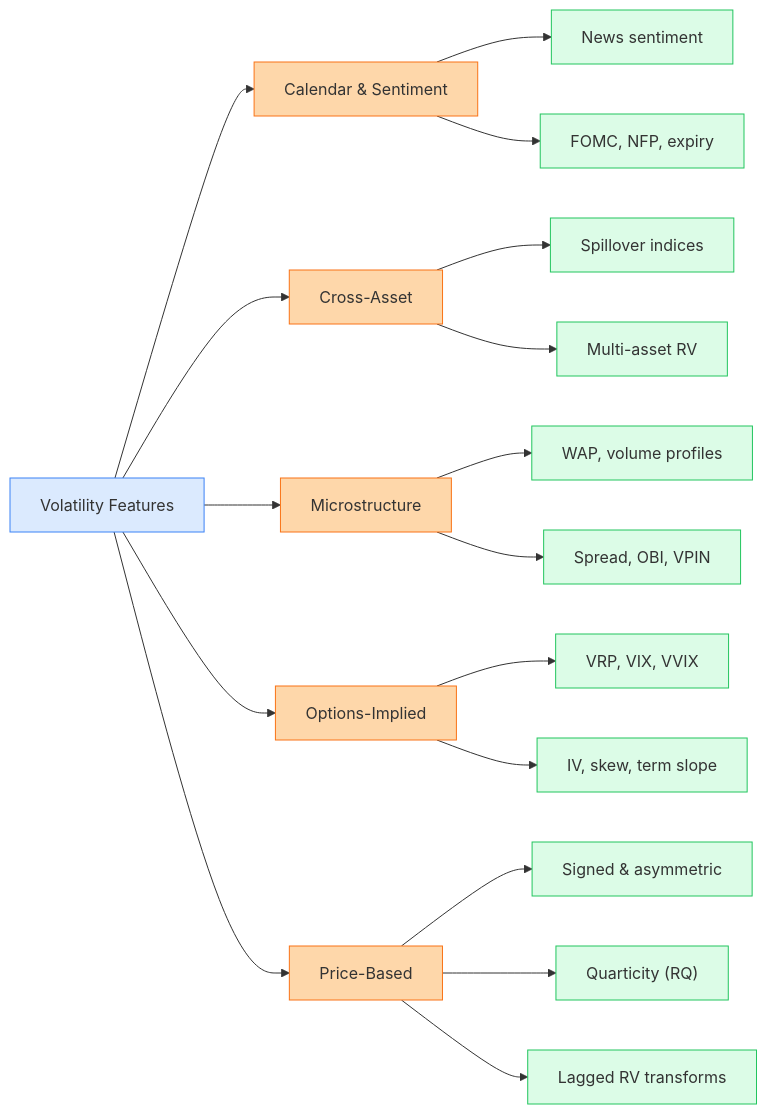
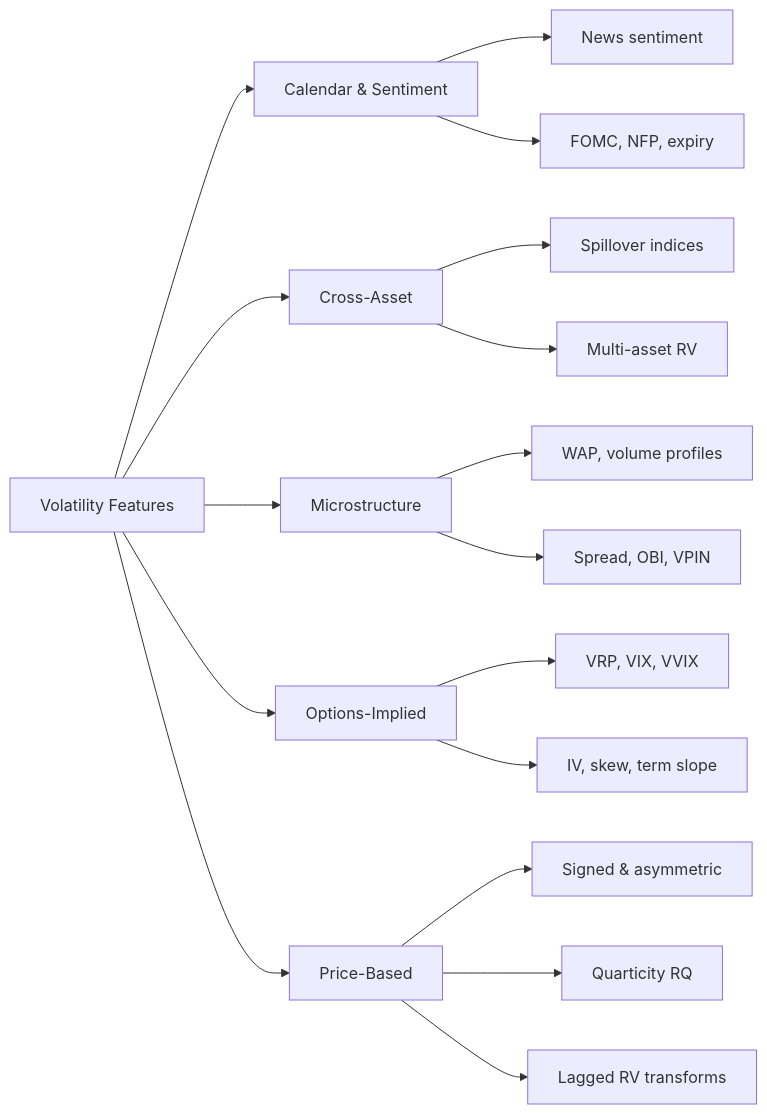
Before and after one commit to xRyann2255/ML-GS: the first of 2 diagrams in vol-learning-guide/markdown/ch10-feature-engineering.md, drawn with Mermaid. The commit also changed other lines of this file and 19 other files, not shown here.

````diff
--- a/vol-learning-guide/markdown/ch10-feature-engineering.md
+++ b/vol-learning-guide/markdown/ch10-feature-engineering.md
@@ -20,28 +13,25 @@
 ```mermaid
 flowchart LR
-    ROOT["Volatility Features"]:::blue --> CS["Calendar & Sentiment"]:::orange
-    ROOT --> CA["Cross-Asset"]:::orange
-    ROOT --> MS["Microstructure"]:::orange
-    ROOT --> OI["Options-Implied"]:::orange
-    ROOT --> PB["Price-Based"]:::orange
+  root[Volatility Features]
+  root --> cs[Calendar & Sentiment]
+  root --> ca[Cross-Asset]
+  root --> ms[Microstructure]
+  root --> oi[Options-Implied]
+  root --> pb[Price-Based]
 
-    CS --> CS1["News sentiment"]:::green
-    CS --> CS2["FOMC, NFP, expiry"]:::green
+  cs --> cs1[News sentiment]
+  cs --> cs2[FOMC, NFP, expiry]
 
-    CA --> CA1["Spillover indices"]:::green
-    CA --> CA2["Multi-asset RV"]:::green
+  ca --> ca1[Spillover indices]
+  ca --> ca2[Multi-asset RV]
 
-    MS --> MS1["WAP, volume profiles"]:::green
-    MS --> MS2["Spread, OBI, VPIN"]:::green
+  ms --> ms1[WAP, volume profiles]
+  ms --> ms2[Spread, OBI, VPIN]
 
-    OI --> OI1["VRP, VIX, VVIX"]:::green
-    OI --> OI2["IV, skew, term slope"]:::green
+  oi --> oi1[VRP, VIX, VVIX]
+  oi --> oi2[IV, skew, term slope]
 
-    PB --> PB1["Signed & asymmetric"]:::green
-    PB --> PB2["Quarticity (RQ)"]:::green
-    PB --> PB3["Lagged RV transforms"]:::green
-
-    classDef blue fill:#dbeafe,stroke:#3b82f6
-    classDef orange fill:#fed7aa,stroke:#f97316
-    classDef green fill:#dcfce7,stroke:#22c55e
+  pb --> pb1[Signed & asymmetric]
+  pb --> pb2[Quarticity RQ]
+  pb --> pb3[Lagged RV transforms]
 ```
````
